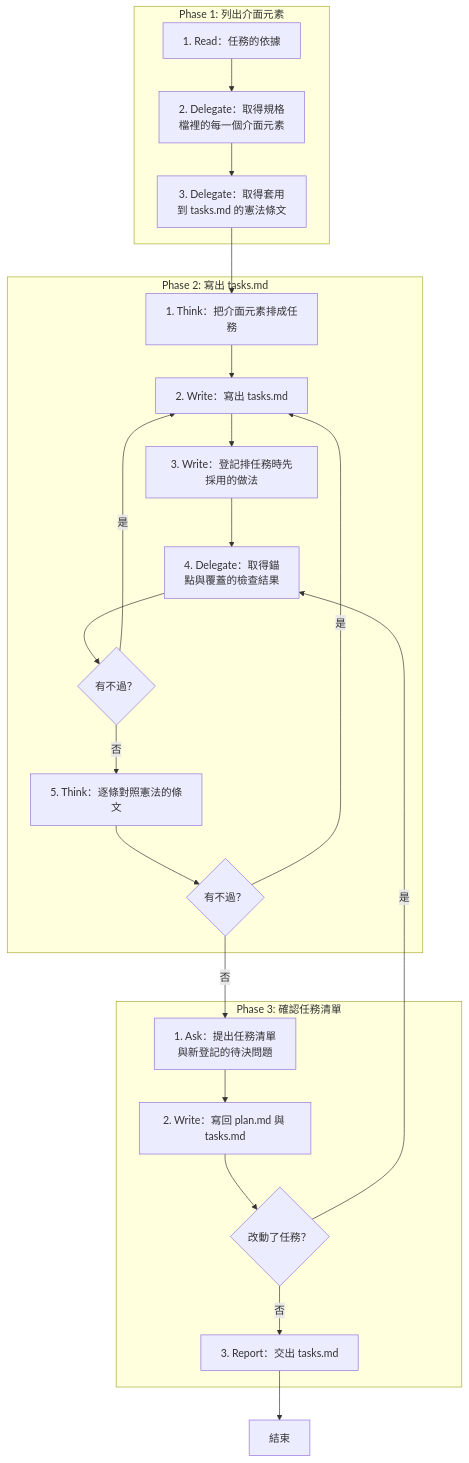
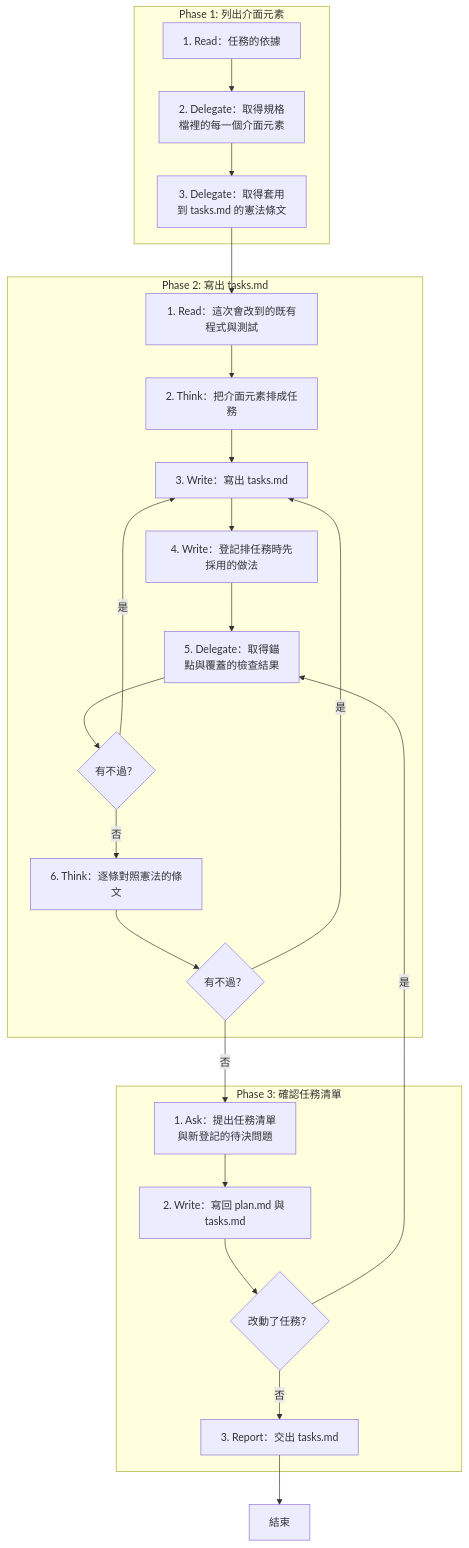
The diagram in .agents/skills/tasks/SKILL.md (AI-x-BDD/BDGG-Dev-Skills), drawn with Mermaid before and after one commit. The commit also changed other lines of this file and 3 other files, not shown here.

````diff
--- a/.agents/skills/tasks/SKILL.md
+++ b/.agents/skills/tasks/SKILL.md
@@ -28,41 +29,43 @@
 ```mermaid
 flowchart TD
     subgraph P1["Phase 1: 列出介面元素"]
         P1S1["1. Read：任務的依據"]
         P1S2["2. Delegate：取得規格<br/>檔裡的每一個介面元素"]
         P1S3["3. Delegate：取得套用<br/>到 tasks.md 的憲法條文"]
     end
     subgraph P2["Phase 2: 寫出 tasks.md"]
-        P2S1["1. Think：把介面元素排成任務"]
-        P2S2["2. Write：寫出 tasks.md"]
-        P2S3["3. Write：登記排任務時先採用的做法"]
-        P2S4["4. Delegate：取得錨<br/>點與覆蓋的檢查結果"]
-        G_P2S4_1{"有不過？"}
-        P2S5["5. Think：逐條對照憲法的條文"]
+        P2S1["1. Read：這次會改到的既有程式與測試"]
+        P2S2["2. Think：把介面元素排成任務"]
+        P2S3["3. Write：寫出 tasks.md"]
+        P2S4["4. Write：登記排任務時先採用的做法"]
+        P2S5["5. Delegate：取得錨<br/>點與覆蓋的檢查結果"]
         G_P2S5_1{"有不過？"}
+        P2S6["6. Think：逐條對照憲法的條文"]
+        G_P2S6_1{"有不過？"}
     end
     subgraph P3["Phase 3: 確認任務清單"]
         P3S1["1. Ask：提出任務清單<br/>與新登記的待決問題"]
         P3S2["2. Write：寫回 plan.md 與 tasks.md"]
         G_P3S2_1{"改動了任務？"}
         P3S3["3. Report：交出 tasks.md"]
     end
     End["結束"]
     P1S1 --> P1S2
     P1S2 --> P1S3
     P1S3 --> P2S1
     P2S1 --> P2S2
     P2S2 --> P2S3
     P2S3 --> P2S4
-    P2S4 --> G_P2S4_1
-    G_P2S4_1 -->|是| P2S2
-    G_P2S4_1 -->|否| P2S5
+    P2S4 --> P2S5
     P2S5 --> G_P2S5_1
-    G_P2S5_1 -->|是| P2S2
-    G_P2S5_1 -->|否| P3S1
+    G_P2S5_1 -->|是| P2S3
+    G_P2S5_1 -->|否| P2S6
+    P2S6 --> G_P2S6_1
+    G_P2S6_1 -->|是| P2S3
+    G_P2S6_1 -->|否| P3S1
     P3S1 --> P3S2
     P3S2 --> G_P3S2_1
-    G_P3S2_1 -->|是| P2S4
+    G_P3S2_1 -->|是| P2S5
     G_P3S2_1 -->|否| P3S3
     P3S3 --> End
 ```
````
